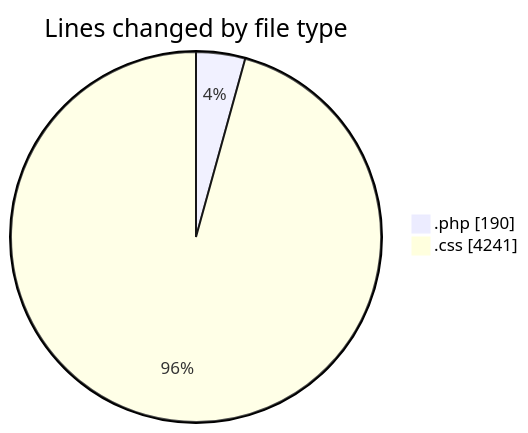
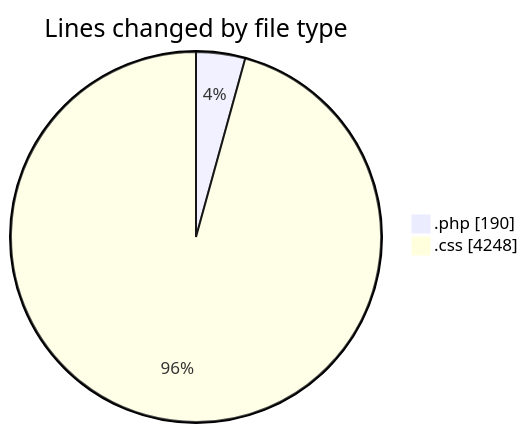
The first of 2 diagrams in 2026-11-04/wp-content/README.md (debugP/code-tracking), drawn with Mermaid before and after one commit. The commit also changed other lines of this file and 1 other file, not shown here.

````diff
--- a/2026-11-04/wp-content/README.md
+++ b/2026-11-04/wp-content/README.md
@@ -21,6 +21,6 @@
 ```mermaid
 pie showData
 title Lines changed by file type
 ".php" : 190
-".css" : 4241
+".css" : 4248
 ```
````
